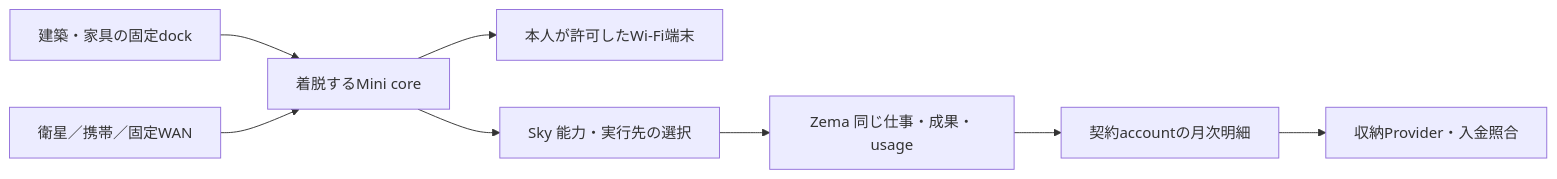
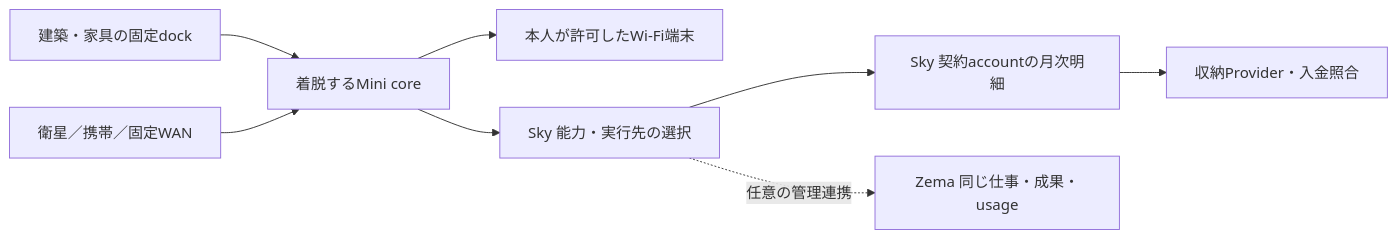
One commit to k999ln/rock changed the diagram in docs/service-design/08-mini-connectivity-and-billing.md. Above: the diagram before and after it, drawn with Mermaid. The commit also changed other lines of this file and 13 other files, not shown here.

Commit message:
docs: make Sky standalone agent usage and monthly billing explicit

````diff
--- a/docs/service-design/08-mini-connectivity-and-billing.md
+++ b/docs/service-design/08-mini-connectivity-and-billing.md
@@ -9,10 +9,10 @@
 ```mermaid
 flowchart LR
   D[建築・家具の固定dock] --> M[着脱するMini core]
   W[衛星／携帯／固定WAN] --> M
   M --> L[本人が許可したWi-Fi端末]
   M --> S[Sky 能力・実行先の選択]
-  S --> Z[Zema 同じ仕事・成果・usage]
-  Z --> B[契約accountの月次明細]
+  S --> B[Sky 契約accountの月次明細]
+  S -. 任意の管理連携 .-> Z[Zema 同じ仕事・成果・usage]
   B --> P[収納Provider・入金照合]
 ```
````
